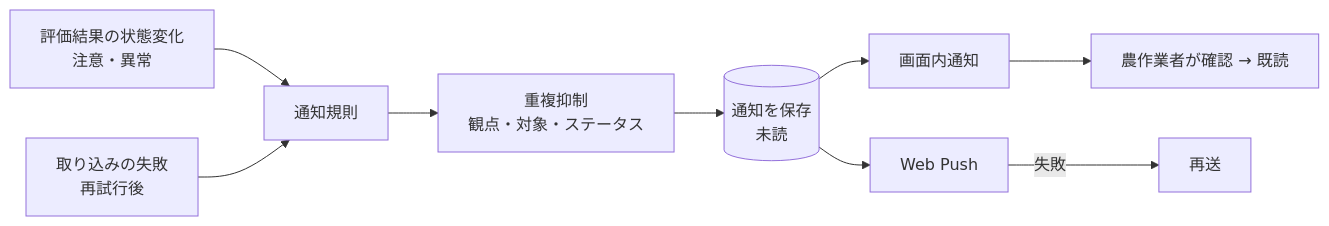
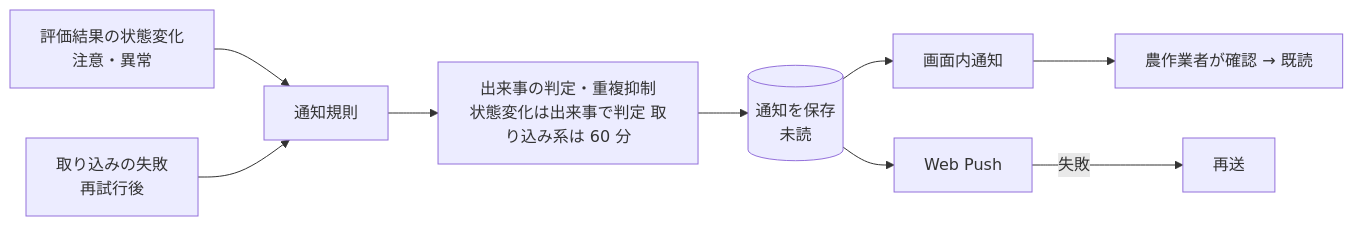
One commit to NS-APU/smart-farm-monitoring changed the fifth of 6 diagrams in docs/10_design/data/data-flow.md. Above: the diagram before and after it, drawn with Mermaid. The commit also changed 11 other files, not shown here.

````diff
--- a/docs/10_design/data/data-flow.md
+++ b/docs/10_design/data/data-flow.md
@@ -117,11 +117,11 @@
 ```mermaid
 flowchart LR
   EV[評価結果の状態変化<br>注意・異常] --> RULE[通知規則]
   FAIL[取り込みの失敗<br>再試行後] --> RULE
-  RULE --> DED[重複抑制<br>観点・対象・ステータス]
+  RULE --> DED[出来事の判定・重複抑制<br>状態変化は出来事で判定 取り込み系は 60 分]
   DED --> NS[(通知を保存<br>未読)]
   NS --> N1[画面内通知]
   NS --> N2[Web Push]
   N2 -->|失敗| RE[再送]
   N1 --> READ[農作業者が確認 → 既読]
 ```
````
